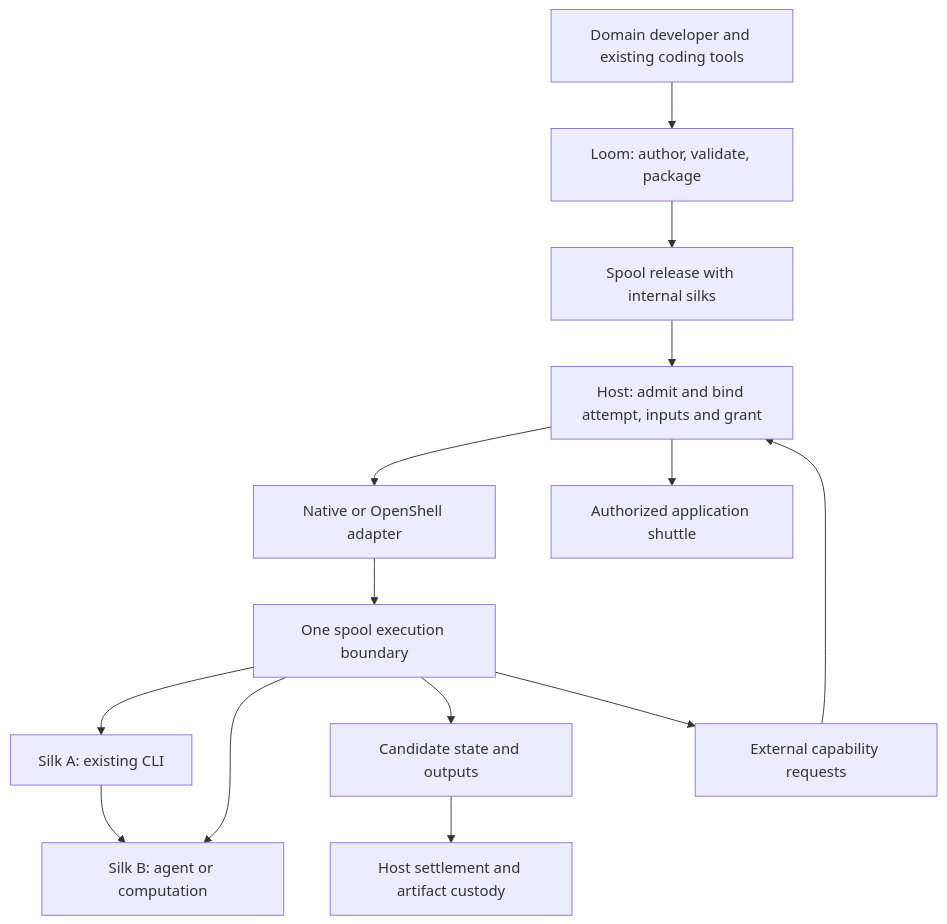
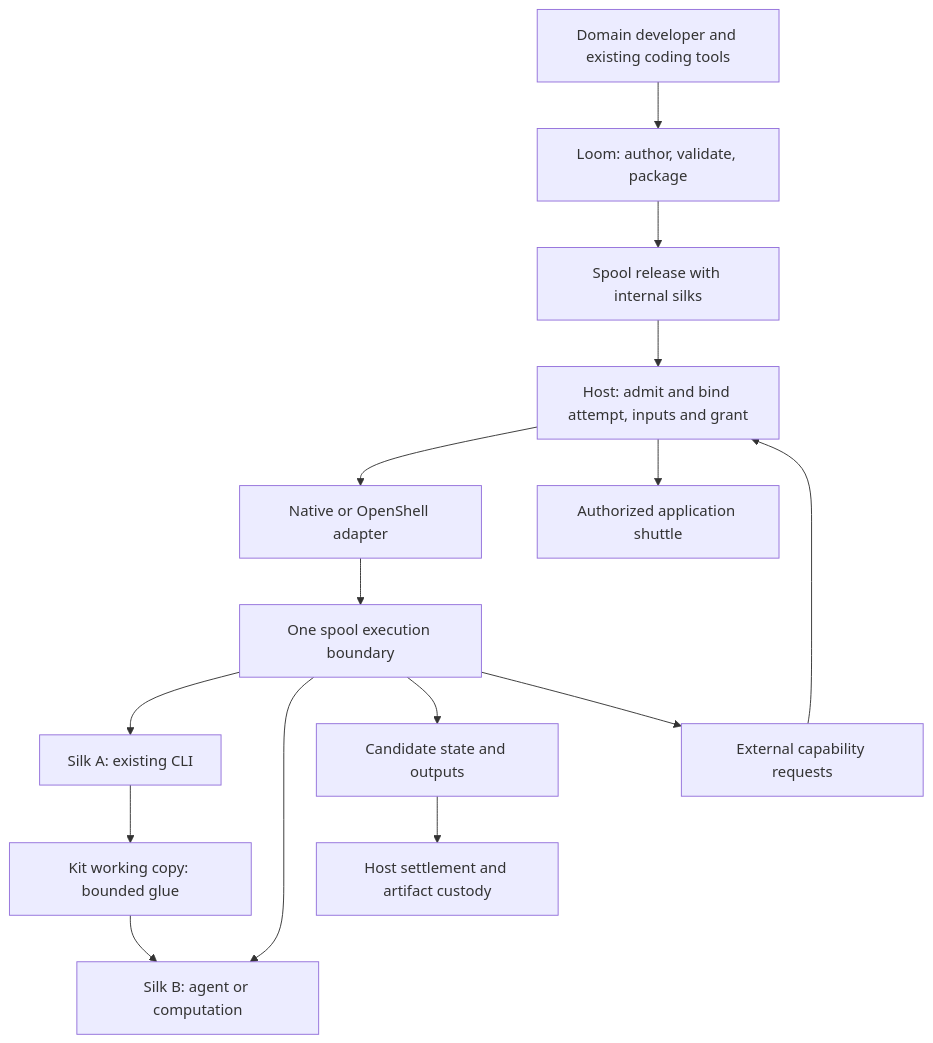
The diagram in docs/spool-boundary.md (lazyalexander/an-loom), drawn with Mermaid before and after one commit. The commit also changed other lines of this file and 7 other files, not shown here.

Commit message:
docs: align spool code roles and bounded kit authoring

````diff
--- a/docs/spool-boundary.md
+++ b/docs/spool-boundary.md
@@ -29,16 +32,17 @@
 ```mermaid
 flowchart TB
     Expert[Domain developer and existing coding tools] --> Loom[Loom: author, validate, package]
     Loom --> Release[Spool release with internal silks]
     Release --> Host[Host: admit and bind attempt, inputs and grant]
     Host --> Backend[Native or OpenShell adapter]
     Backend --> Spool[One spool execution boundary]
     Spool --> A[Silk A: existing CLI]
     Spool --> B[Silk B: agent or computation]
-    A --> B
+    A --> K[Kit working copy: bounded glue]
+    K --> B
     Spool --> Candidates[Candidate state and outputs]
     Candidates --> Custody[Host settlement and artifact custody]
     Spool --> Requests[External capability requests]
     Requests --> Host
     Host --> Shuttle[Authorized application shuttle]
 ```
````
